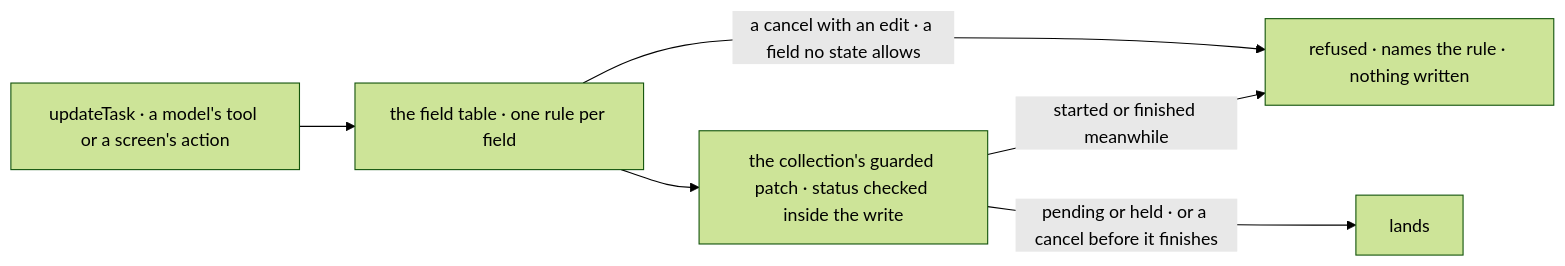
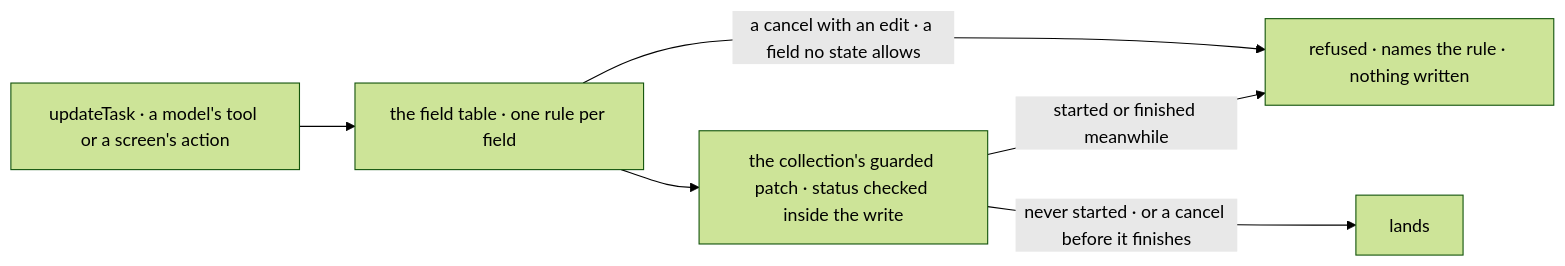
One commit to fixpoint-labs/flow-state-dev changed the second of 2 diagrams in specs/issues/FIX-2081/SPEC.md. Above: the diagram before and after it, drawn with Mermaid (forest theme). The commit also changed other lines of this file and 9 other files, not shown here.

````diff
--- a/specs/issues/FIX-2081/SPEC.md
+++ b/specs/issues/FIX-2081/SPEC.md
@@ -99,8 +109,8 @@
 ```mermaid
 flowchart LR
   C["updateTask · a model's tool or a screen's action"] --> T["the field table · one rule per field"]
   T -->|"a cancel with an edit · a field no state allows"| N["refused · names the rule · nothing written"]
   T --> W["the collection's guarded patch · status checked inside the write"]
-  W -->|"pending or held · or a cancel before it finishes"| S["lands"]
+  W -->|"never started · or a cancel before it finishes"| S["lands"]
   W -->|"started or finished meanwhile"| N
 ```
````
